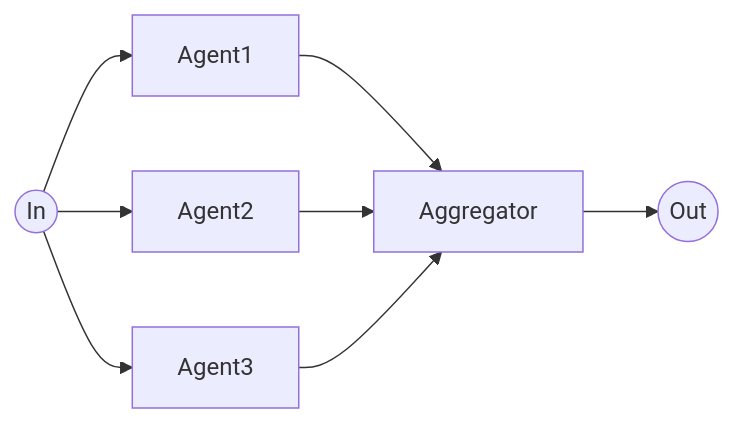
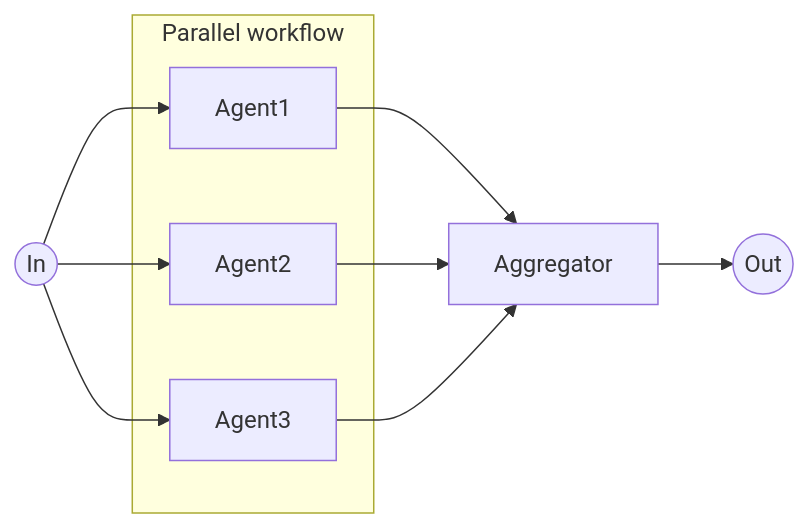
One commit to rootstrap/mars changed the diagram in examples/parallel_workflow/diagram.md. Above: the diagram before and after it, drawn with Mermaid. The commit also changed 10 other files, not shown here.

````diff
--- a/examples/parallel_workflow/diagram.md
+++ b/examples/parallel_workflow/diagram.md
@@ -1,16 +1,21 @@
 ```mermaid
 flowchart LR
 in((In))
 out((Out))
 aggregator[Aggregator]
 agent1[Agent1]
 agent2[Agent2]
 agent3[Agent3]
+subgraph parallel_workflow["Parallel workflow"]
+  agent1
+  agent2
+  agent3
+end
 in --> agent1
 in --> agent2
 in --> agent3
 agent1 --> aggregator
 aggregator --> out
 agent2 --> aggregator
 agent3 --> aggregator
 ```
````
